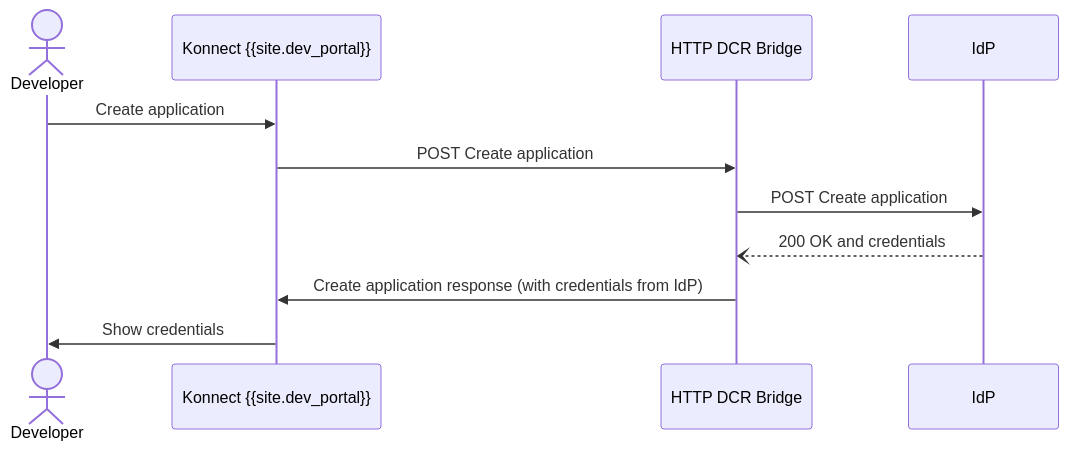
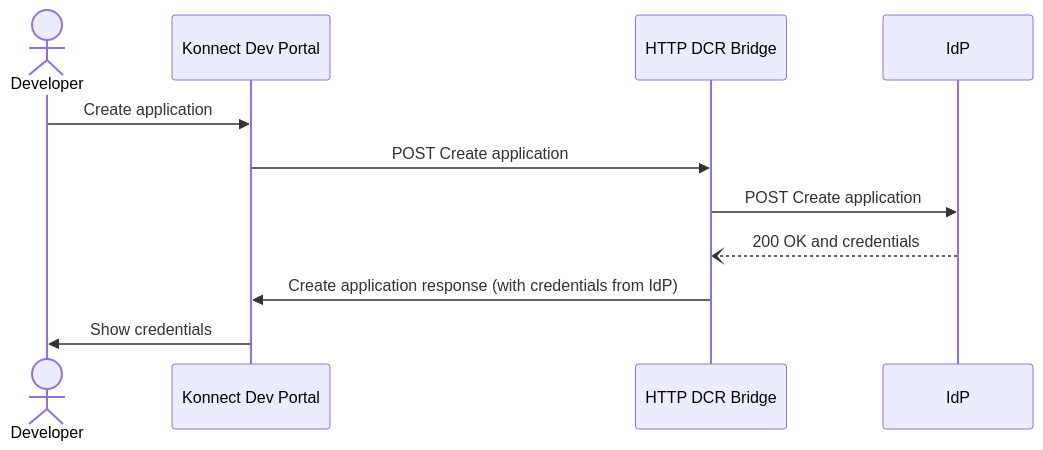
Before and after one commit to Kong/developer.konghq.com: the second of 2 diagrams in app/dev-portal/dynamic-client-registration.md, drawn with Mermaid. The commit also changed other lines of this file, not shown here.

Commit message:
apply remaining copilot feedback

```diff
--- a/app/dev-portal/dynamic-client-registration.md
+++ b/app/dev-portal/dynamic-client-registration.md
@@ -220,13 +220,13 @@
 {% mermaid %}
 sequenceDiagram
     actor Developer
-    participant Konnect {{site.dev_portal}}
+    participant Konnect Dev Portal
     participant HTTP DCR Bridge
     participant IdP
-    Developer->>Konnect {{site.dev_portal}}: Create application
-    Konnect {{site.dev_portal}}->>HTTP DCR Bridge: POST Create application
+    Developer->>Konnect Dev Portal: Create application
+    Konnect Dev Portal->>HTTP DCR Bridge: POST Create application
     HTTP DCR Bridge->>IdP: POST Create application
     IdP--)HTTP DCR Bridge: 200 OK and credentials
-    HTTP DCR Bridge->>Konnect {{site.dev_portal}}: Create application response (with credentials from IdP)
-    Konnect {{site.dev_portal}}->>Developer: Show credentials
+    HTTP DCR Bridge->>Konnect Dev Portal: Create application response (with credentials from IdP)
+    Konnect Dev Portal->>Developer: Show credentials
 {% endmermaid %}
```
